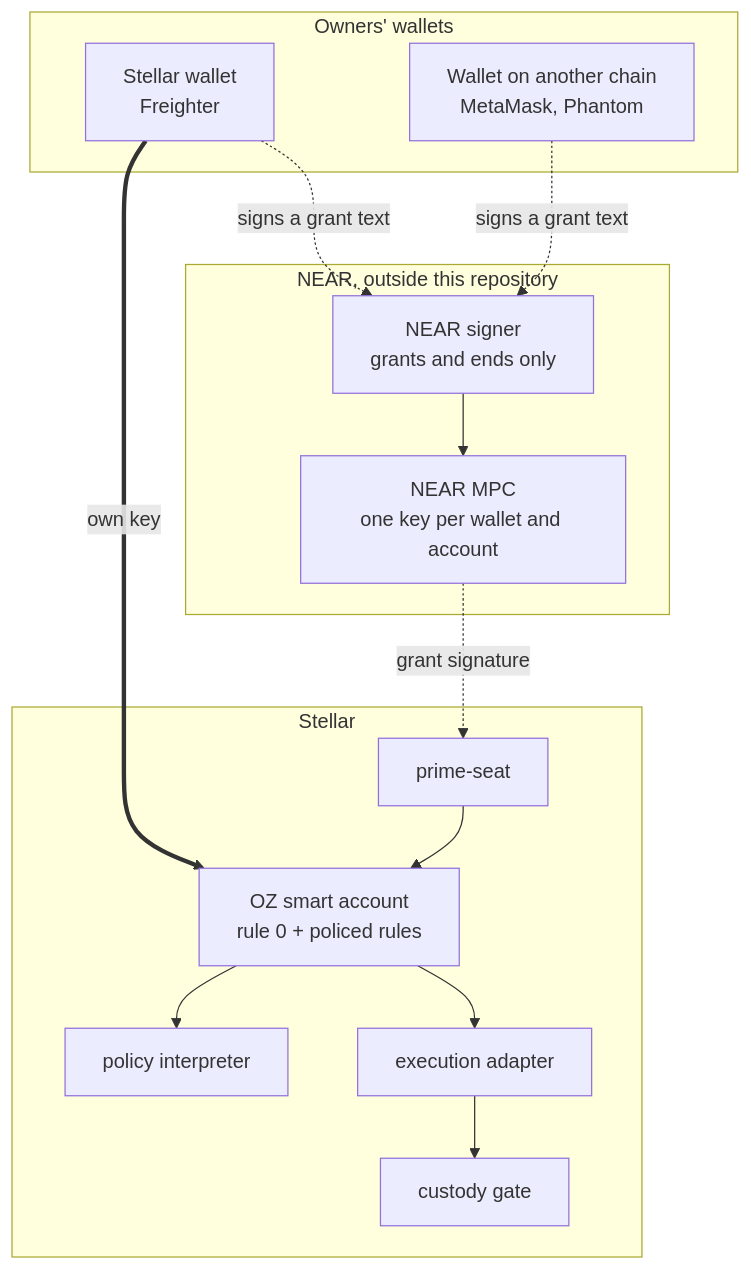
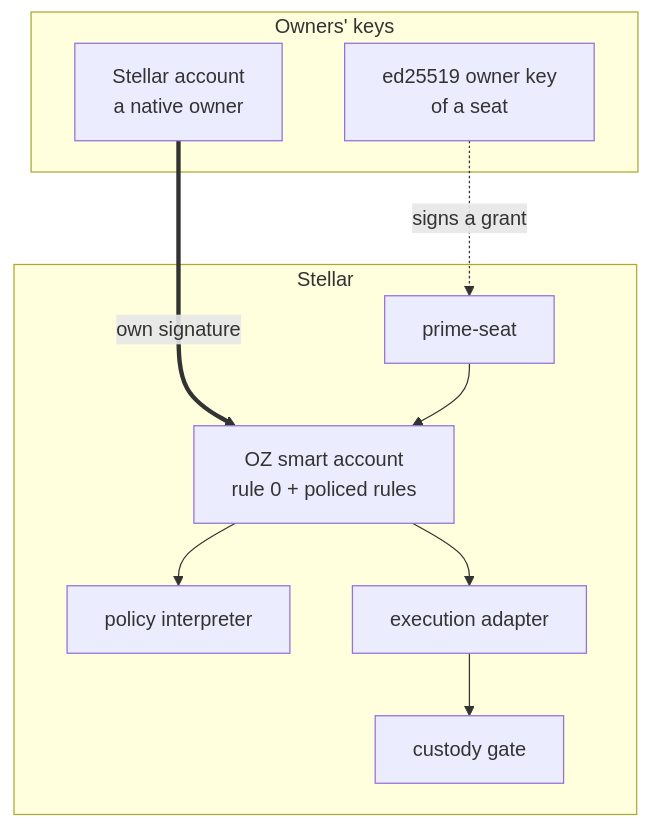
One commit to untangledfinance/oz-policy-builder changed the fourth of 6 diagrams in docs/architecture.md. Above: the diagram before and after it, drawn with Mermaid. The commit also changed other lines of this file and 15 other files, not shown here.

First line of the commit message:
docs: auditor overview and Stellar-only, version-free docs

````diff
--- a/docs/architecture.md
+++ b/docs/architecture.md
@@ -112,26 +110,19 @@
 ```mermaid
 flowchart TB
-  subgraph W["Owners' wallets"]
-    FR["Stellar wallet<br/>Freighter"]
-    OW["Wallet on another chain<br/>MetaMask, Phantom"]
-  end
-  subgraph NEAR["NEAR, outside this repository"]
-    V2["NEAR signer<br/>grants and ends only"]
-    MPC["NEAR MPC<br/>one key per wallet and account"]
+  subgraph W["Owners' keys"]
+    FR["Stellar account<br/>a native owner"]
+    OK["ed25519 owner key<br/>of a seat"]
   end
   subgraph XLM["Stellar"]
     OZ["OZ smart account<br/>rule 0 + policed rules"]
     SS["prime-seat"]
     INT["policy interpreter"]
     AD["execution adapter"]
     G1["custody gate"]
   end
-  FR == "own key" ==> OZ
-  FR -. "signs a grant text" .-> V2
-  OW -. "signs a grant text" .-> V2
-  V2 --> MPC
-  MPC -. "grant signature" .-> SS
+  FR == "own signature" ==> OZ
+  OK -. "signs a grant" .-> SS
   SS --> OZ
   OZ --> INT
   OZ --> AD --> G1
 ```
````
